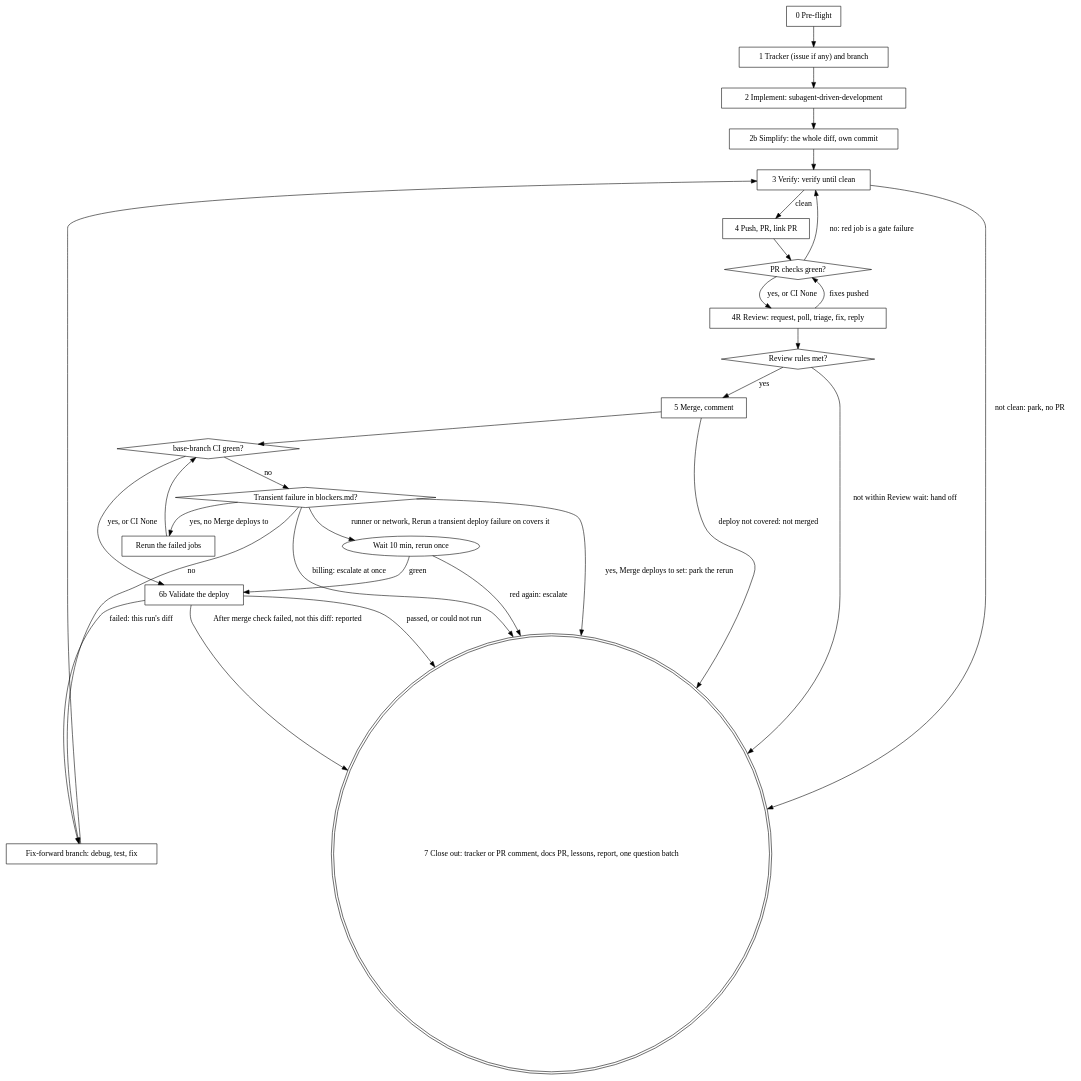
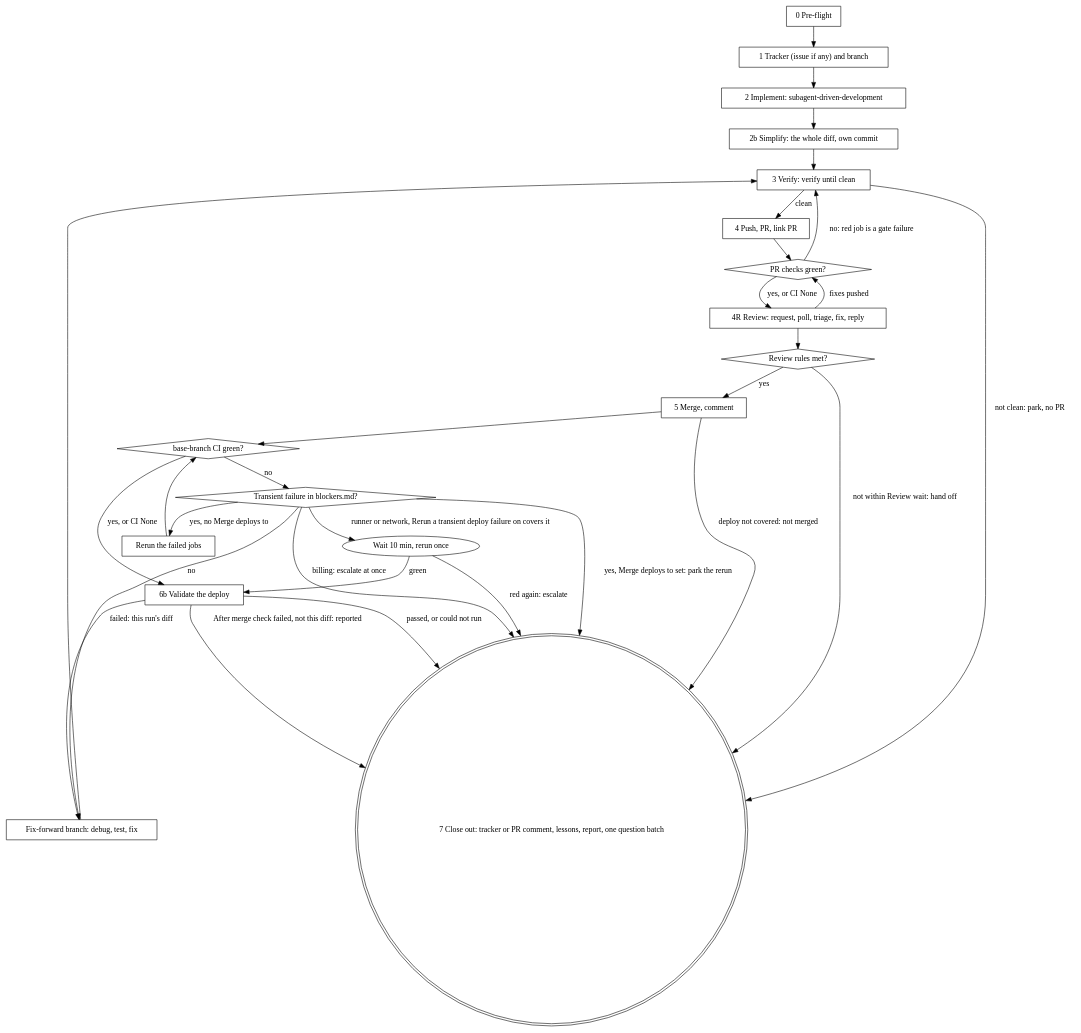
The diagram in skills/ship-plan/SKILL.md (tarmopr/ai-skills), drawn with Graphviz before and after one commit. The commit also changed other lines of this file and 17 other files, not shown here.

````diff
--- a/skills/ship-plan/SKILL.md
+++ b/skills/ship-plan/SKILL.md
@@ -204,48 +203,48 @@
 ```dot
 digraph ship {
   pre [label="0 Pre-flight" shape=box];
   branch [label="1 Tracker (issue if any) and branch" shape=box];
   impl [label="2 Implement: subagent-driven-development" shape=box];
   simp [label="2b Simplify: the whole diff, own commit" shape=box];
   verify [label="3 Verify: verify until clean" shape=box];
   pr [label="4 Push, PR, link PR" shape=box];
   checks [label="PR checks green?" shape=diamond];
   review [label="4R Review: request, poll, triage, fix, reply" shape=box];
   rules [label="Review rules met?" shape=diamond];
   merge [label="5 Merge, comment" shape=box];
   baseci [label="base-branch CI green?" shape=diamond];
   transient [label="Transient failure in blockers.md?" shape=diamond];
   rerun [label="Rerun the failed jobs" shape=box];
   wait [label="Wait 10 min, rerun once"];
   fix [label="Fix-forward branch: debug, test, fix" shape=box];
   deploy [label="6b Validate the deploy" shape=box];
-  close [label="7 Close out: tracker or PR comment, docs PR, lessons, report, one question batch" shape=doublecircle];
+  close [label="7 Close out: tracker or PR comment, lessons, report, one question batch" shape=doublecircle];
 
   pre -> branch -> impl -> simp -> verify;
   verify -> pr [label="clean"];
   verify -> close [label="not clean: park, no PR"];
   pr -> checks;
   checks -> verify [label="no: red job is a gate failure"];
   checks -> review [label="yes, or CI None"];
   review -> checks [label="fixes pushed"];
   review -> rules;
   rules -> merge [label="yes"];
   rules -> close [label="not within Review wait: hand off"];
   merge -> baseci;
   merge -> close [label="deploy not covered: not merged"];
   baseci -> deploy [label="yes, or CI None"];
   deploy -> close [label="passed, or could not run"];
   deploy -> fix [label="failed: this run's diff"];
   deploy -> close [label="After merge check failed, not this diff: reported"];
   baseci -> transient [label="no"];
   transient -> rerun [label="yes, no Merge deploys to"];
   transient -> close [label="yes, Merge deploys to set: park the rerun"];
   transient -> wait [label="runner or network, Rerun a transient deploy failure on covers it"];
   transient -> close [label="billing: escalate at once"];
   wait -> deploy [label="green"];
   wait -> close [label="red again: escalate"];
   rerun -> baseci;
   transient -> fix [label="no"];
   fix -> verify;
 }
 ```
````
